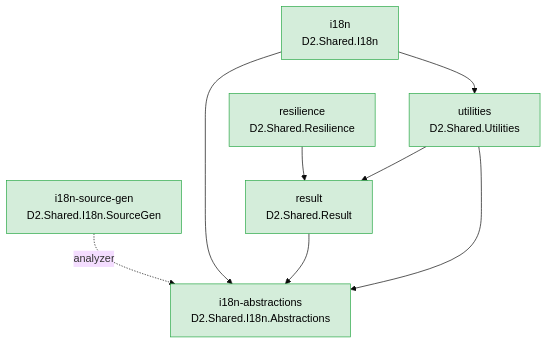
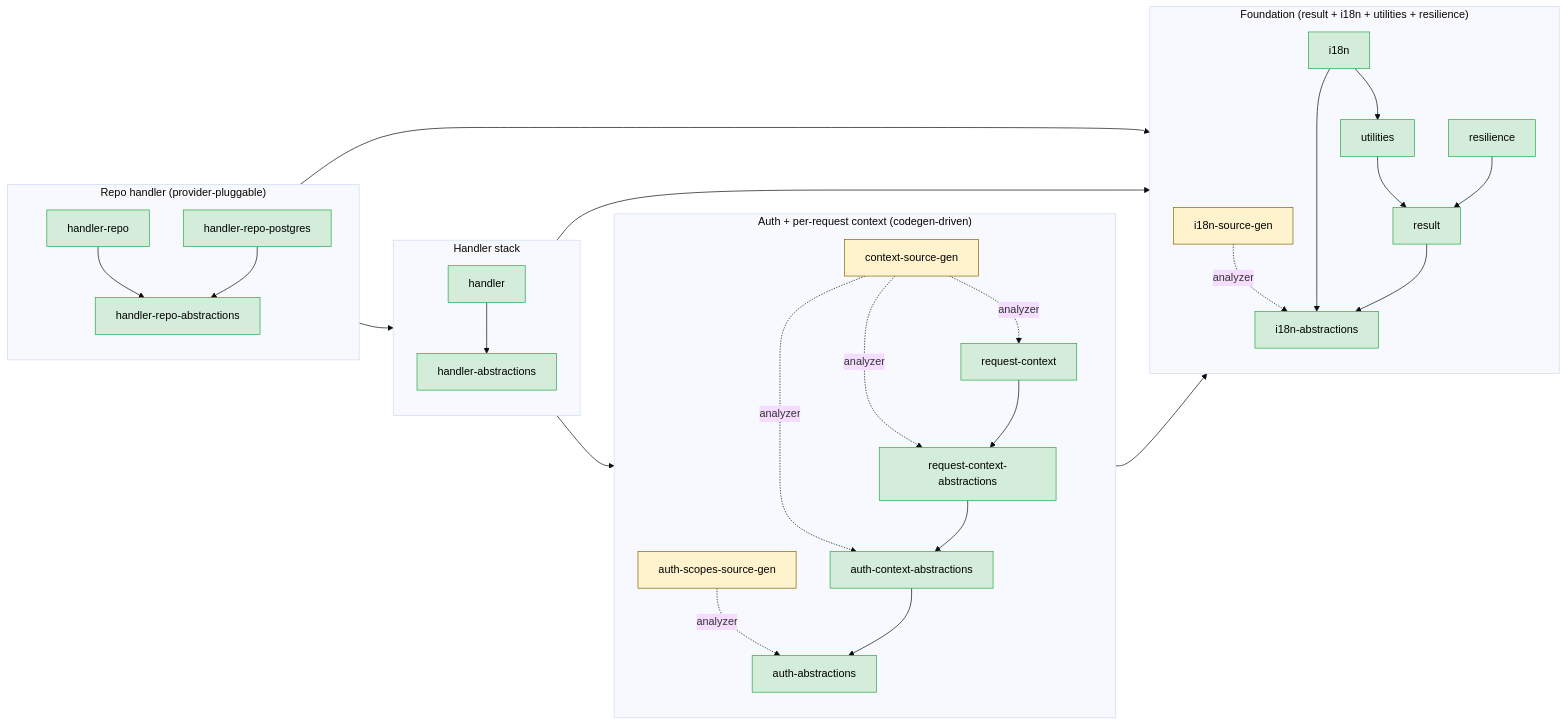
The diagram in server/shared/dotnet/README.md (DSCV-io/D2-WORX), drawn with Mermaid (base theme) before and after one commit. The commit also changed other lines of this file and 248 other files, not shown here.

````diff
--- a/server/shared/dotnet/README.md
+++ b/server/shared/dotnet/README.md
@@ -41,25 +55,68 @@
 ```mermaid
-graph TD
+graph LR
     classDef built fill:#d4edda,stroke:#28a745,color:#000
+    classDef analyzer fill:#fff3cd,stroke:#856404,color:#000
 
-    I18nAbs[i18n-abstractions<br/>D2.Shared.I18n.Abstractions]
-    I18nSG[i18n-source-gen<br/>D2.Shared.I18n.SourceGen]
-    Result[result<br/>D2.Shared.Result]
-    Utilities[utilities<br/>D2.Shared.Utilities]
-    Resilience[resilience<br/>D2.Shared.Resilience]
-    I18n[i18n<br/>D2.Shared.I18n]
+    subgraph FOUNDATION["Foundation (result + i18n + utilities + resilience)"]
+        direction TB
+        I18nSG[i18n-source-gen]:::analyzer
+        I18nAbs[i18n-abstractions]
+        I18n[i18n]
+        Result[result]
+        Utilities[utilities]
+        Resilience[resilience]
 
-    I18nSG -.->|analyzer| I18nAbs
+        I18nSG -.->|analyzer| I18nAbs
+        I18n --> I18nAbs
+        I18n --> Utilities
+        Result --> I18nAbs
+        Utilities --> Result
+        Resilience --> Result
+    end
 
-    Result --> I18nAbs
+    subgraph AUTHCTX["Auth + per-request context (codegen-driven)"]
+        direction TB
+        AuthScopesSG[auth-scopes-source-gen]:::analyzer
+        AuthAbs[auth-abstractions]
+        ContextSG[context-source-gen]:::analyzer
+        AuthCtxAbs[auth-context-abstractions]
+        ReqCtxAbs[request-context-abstractions]
+        ReqCtx[request-context]
 
-    Utilities --> Result
-    Utilities --> I18nAbs
+        AuthScopesSG -.->|analyzer| AuthAbs
+        ContextSG -.->|analyzer| AuthCtxAbs
+        ContextSG -.->|analyzer| ReqCtxAbs
+        ContextSG -.->|analyzer| ReqCtx
+        AuthCtxAbs --> AuthAbs
+        ReqCtxAbs --> AuthCtxAbs
+        ReqCtx --> ReqCtxAbs
+    end
 
-    Resilience --> Result
+    subgraph HANDLER["Handler stack"]
+        direction TB
+        HandlerAbs[handler-abstractions]
+        Handler[handler]
 
-    I18n --> I18nAbs
-    I18n --> Utilities
+        Handler --> HandlerAbs
+    end
 
-    class I18nAbs,I18nSG,Result,Utilities,Resilience,I18n built
+    subgraph REPO["Repo handler (provider-pluggable)"]
+        direction TB
+        RepoAbs[handler-repo-abstractions]
+        Repo[handler-repo]
+        RepoPg[handler-repo-postgres]
+
+        Repo --> RepoAbs
+        RepoPg --> RepoAbs
+    end
+
+    %% Cross-subgraph dependencies (only direct refs that aren't transitively
+    %% implied by an intra-subgraph path).
+    ReqCtx --> Utilities
+    HandlerAbs --> ReqCtxAbs
+    HandlerAbs --> Result
+    Repo --> Handler
+    RepoAbs --> I18n
+
+    class I18nAbs,I18n,Result,Utilities,Resilience,AuthAbs,AuthCtxAbs,ReqCtxAbs,ReqCtx,HandlerAbs,Handler,RepoAbs,Repo,RepoPg built
 ```
````
